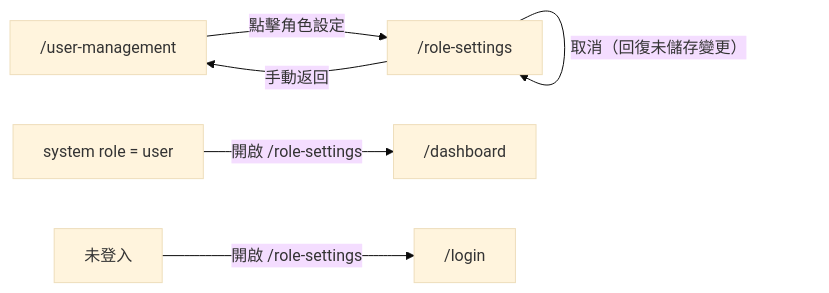
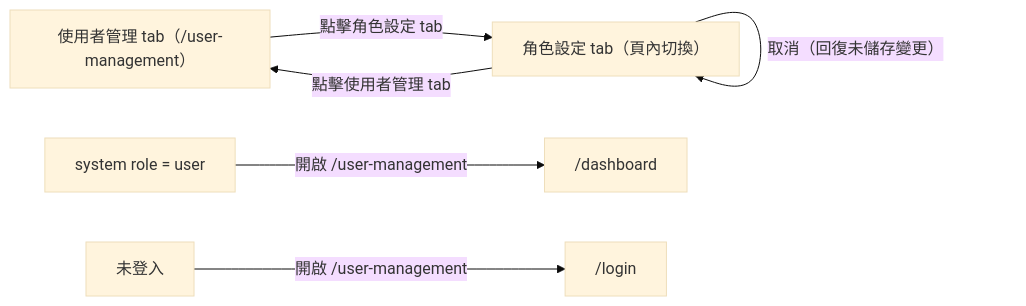
One commit to singyichen/label-suite changed the second of 2 diagrams in specs/admin/007-role-settings/spec.md. Above: the diagram before and after it, drawn with Mermaid (base theme). The commit also changed other lines of this file and 2 other files, not shown here.

First line of the commit message:
docs(admin): refactor user-management and role-settings to tab-based navigation

````diff
--- a/specs/admin/007-role-settings/spec.md
+++ b/specs/admin/007-role-settings/spec.md
@@ -236,8 +235,8 @@
 ```mermaid
 flowchart LR
-    um["/user-management"] -->|點擊角色設定| rs["/role-settings"]
-    rs -->|手動返回| um
+    um["使用者管理 tab（/user-management）"] -->|點擊角色設定 tab| rs["角色設定 tab（頁內切換）"]
+    rs -->|點擊使用者管理 tab| um
     rs -->|取消（回復未儲存變更）| rs
-    userBlocked["system role = user"] -->|開啟 /role-settings| dashboard["/dashboard"]
-    guestBlocked["未登入"] -->|開啟 /role-settings| login["/login"]
+    userBlocked["system role = user"] -->|開啟 /user-management| dashboard["/dashboard"]
+    guestBlocked["未登入"] -->|開啟 /user-management| login["/login"]
 ```
````
